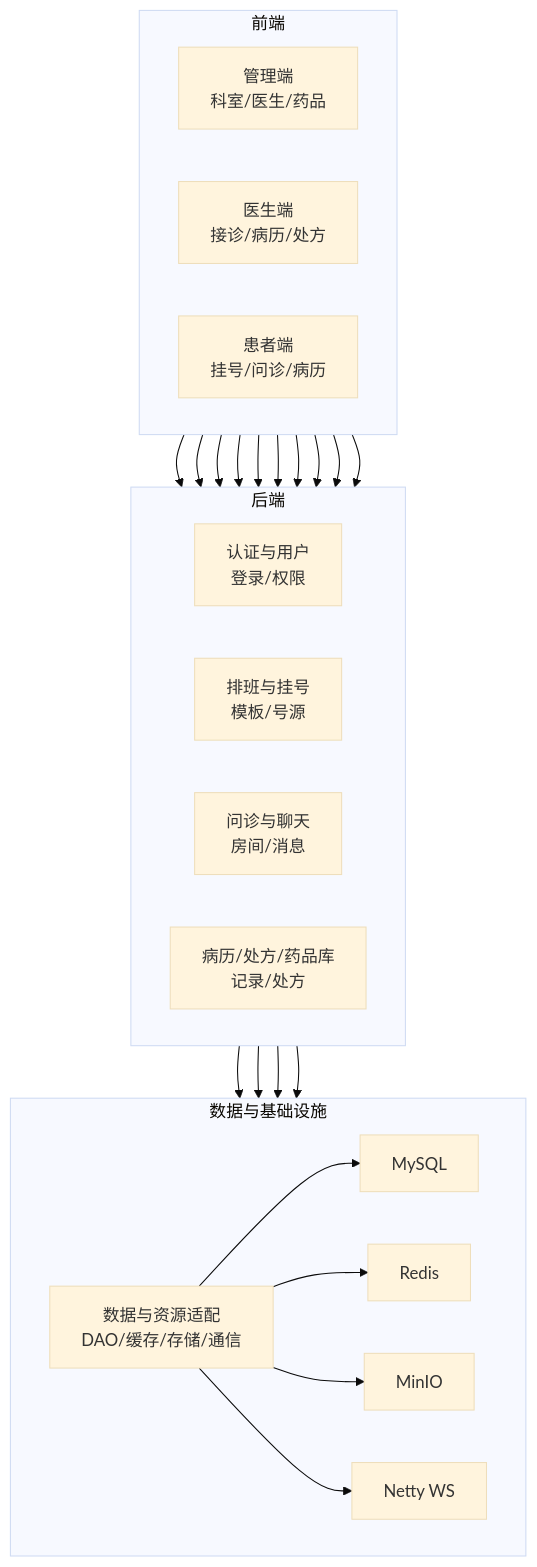
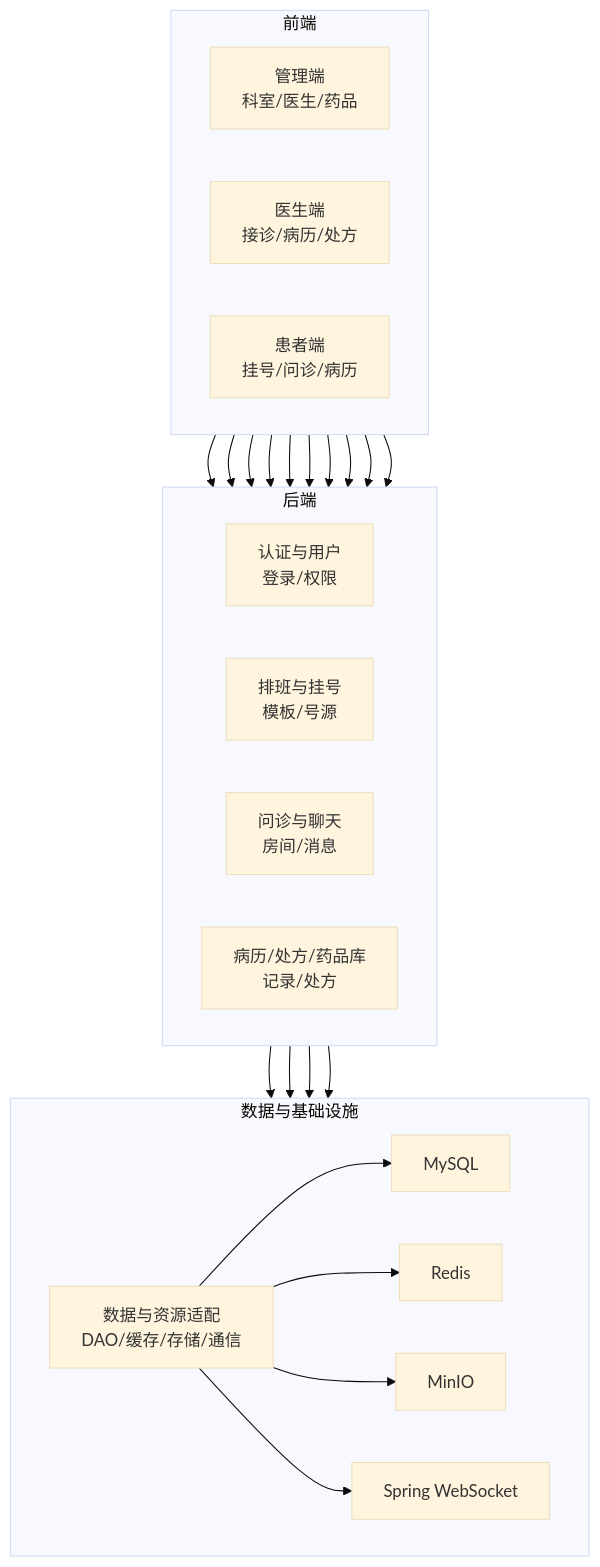
Before and after one commit to renyanhui6/online-diagnosis-and-treatment-system: the second of 4 diagrams in phase-1.md, drawn with Mermaid (base theme). The commit also changed other lines of this file and 96 other files, not shown here.

````diff
--- a/phase-1.md
+++ b/phase-1.md
@@ -57,45 +57,45 @@
 ```mermaid
 flowchart TB
   subgraph 前端
     direction LR
     A1[管理端\n科室/医生/药品]
     D1[医生端\n接诊/病历/处方]
     P1[患者端\n挂号/问诊/病历]
   end
   subgraph 后端
     direction LR
     S1[认证与用户\n登录/权限]
     S2[排班与挂号\n模板/号源]
     S3[问诊与聊天\n房间/消息]
     S4[病历/处方/药品库\n记录/处方]
   end
   subgraph 数据与基础设施
     direction LR
     H1[数据与资源适配\nDAO/缓存/存储/通信]
     I1[MySQL]
     I2[Redis]
     I3[MinIO]
-    I4[Netty WS]
+    I4[Spring WebSocket]
   end
 
   A1 --> S1
   A1 --> S2
   A1 --> S4
   D1 --> S1
   D1 --> S3
   D1 --> S4
   P1 --> S1
   P1 --> S2
   P1 --> S3
   P1 --> S4
 
   S1 --> H1
   S2 --> H1
   S3 --> H1
   S4 --> H1
 
   H1 --> I1
   H1 --> I2
   H1 --> I3
   H1 --> I4
 ```
````
